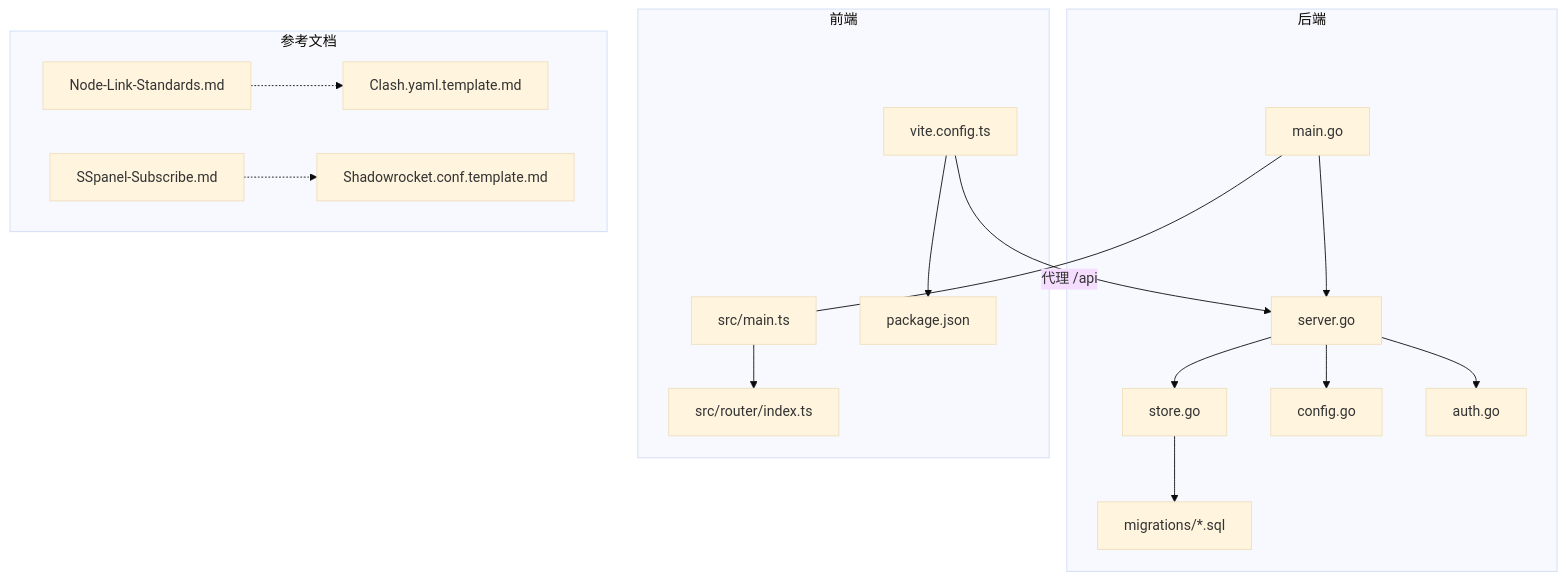
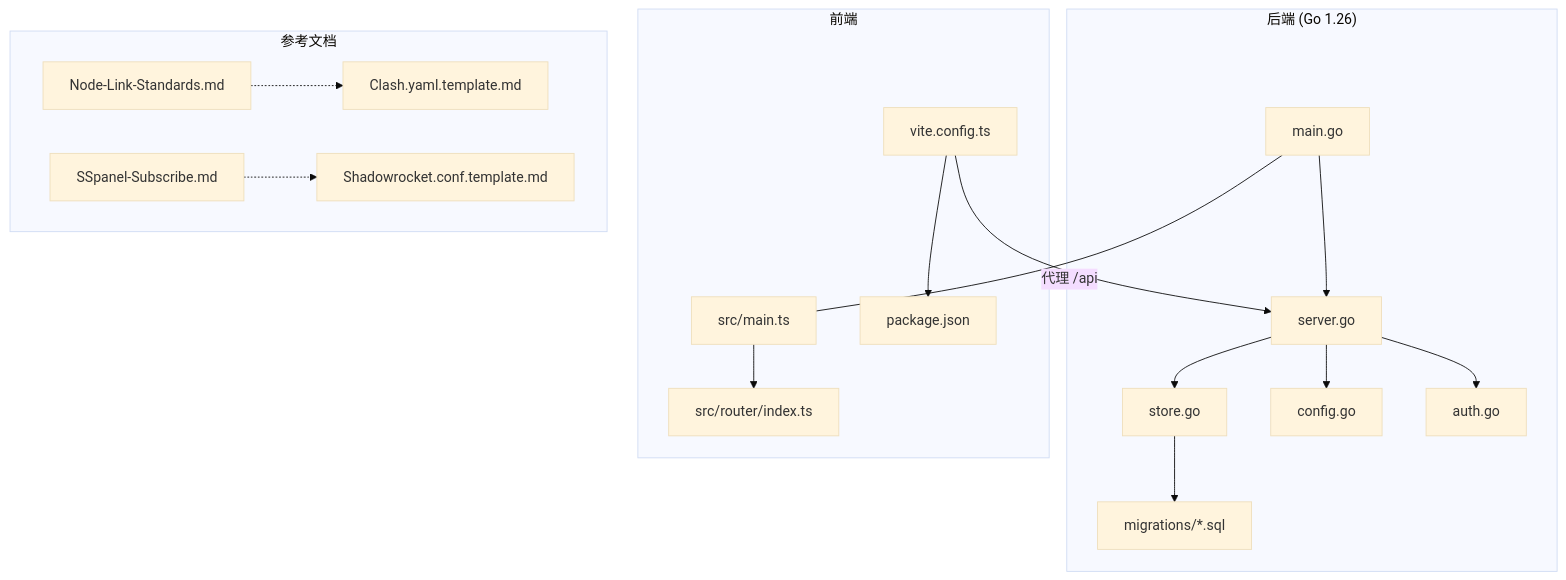
The first of 10 diagrams in .qoder/repowiki/zh/content/开发指南/开发指南.md (AlcaProphet/VPN-Subscription-Management), drawn with Mermaid (base theme) before and after one commit. The commit also changed other lines of this file and 102 other files, not shown here.

````diff
--- a/.qoder/repowiki/zh/content/开发指南/开发指南.md
+++ b/.qoder/repowiki/zh/content/开发指南/开发指南.md
@@ -76,24 +78,24 @@
 ```mermaid
 graph TB
-subgraph "后端"
+subgraph "后端 (Go 1.26)"
 M["main.go"] --> S["server.go"]
 S --> ST["store.go"]
 S --> CFG["config.go"]
 S --> AUTH["auth.go"]
 ST --> MIG["migrations/*.sql"]
 end
 subgraph "前端"
 FE_MAIN["src/main.ts"] --> FE_ROUTER["src/router/index.ts"]
 FE_VITE["vite.config.ts"] --> FE_PKG["package.json"]
 end
 subgraph "参考文档"
 REF1["Node-Link-Standards.md"]
 REF2["SSpanel-Subscribe.md"]
 TPL1["Clash.yaml.template.md"]
 TPL2["Shadowrocket.conf.template.md"]
 end
 M --- FE_MAIN
 FE_VITE --> |"代理 /api"| S
 REF1 -.-> TPL1
 REF2 -.-> TPL2
 ```
````
